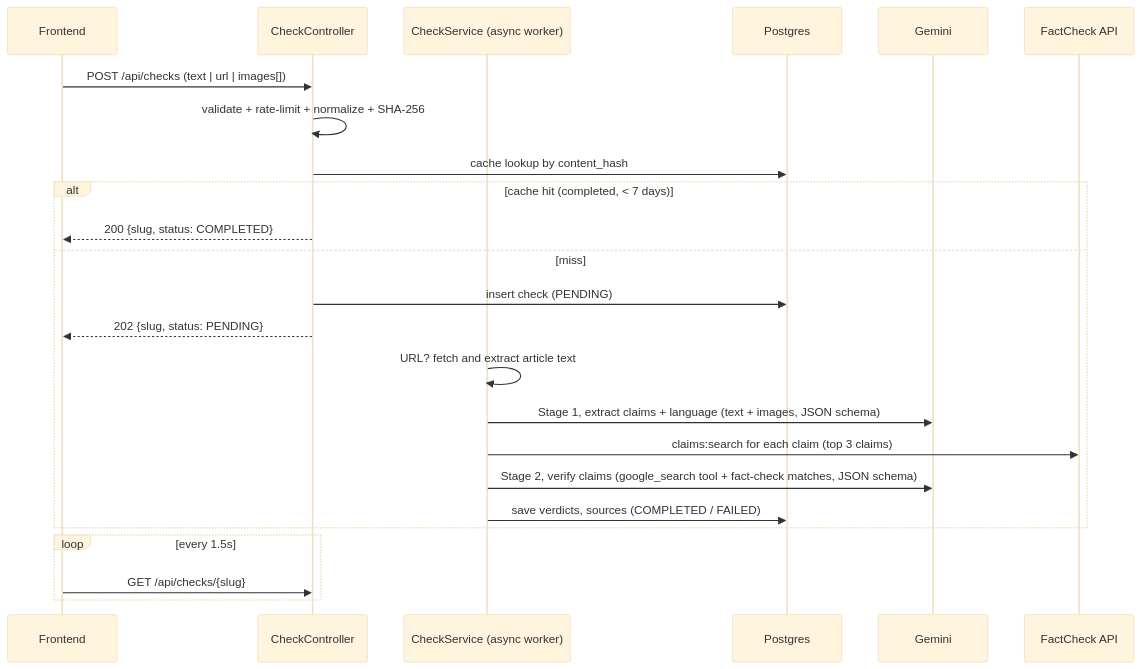
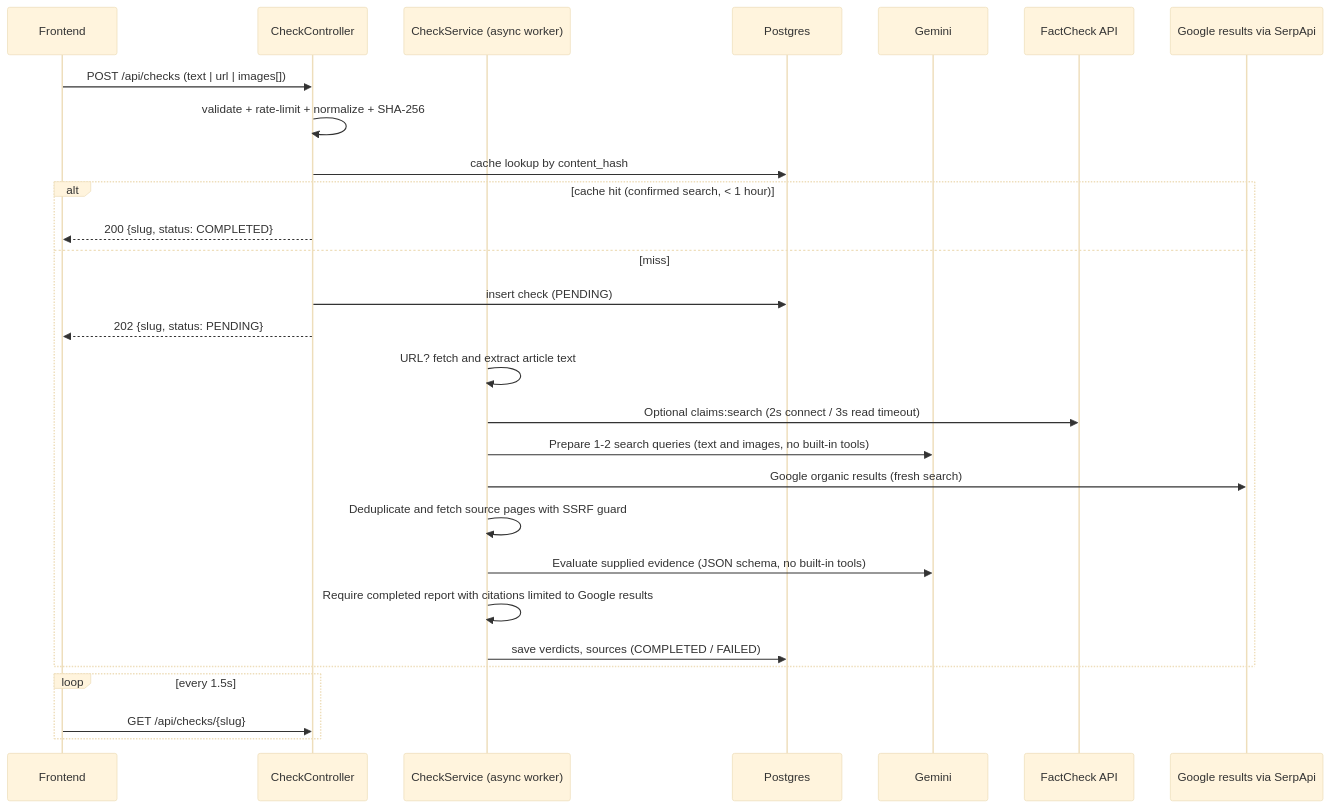
The second of 2 diagrams in docs/ARCHITECTURE.md (kingsmark16/VeryFact), drawn with Mermaid (base theme) before and after one commit. The commit also changed other lines of this file and 57 other files, not shown here.

Commit message:
feat: refine verification experience and require live search evidence

````diff
--- a/docs/ARCHITECTURE.md
+++ b/docs/ARCHITECTURE.md
@@ -18,27 +19,31 @@
 ```mermaid
 sequenceDiagram
     participant FE as Frontend
     participant API as CheckController
     participant S as CheckService (async worker)
     participant DB as Postgres
     participant G as Gemini
     participant F as FactCheck API
+    participant GS as Google results via SerpApi
 
     FE->>API: POST /api/checks (text | url | images[])
     API->>API: validate + rate-limit + normalize + SHA-256
     API->>DB: cache lookup by content_hash
-    alt cache hit (completed, < 7 days)
+    alt cache hit (confirmed search, < 1 hour)
         API-->>FE: 200 {slug, status: COMPLETED}
     else miss
         API->>DB: insert check (PENDING)
         API-->>FE: 202 {slug, status: PENDING}
         S->>S: URL? fetch and extract article text
-        S->>G: Stage 1, extract claims + language (text + images, JSON schema)
-        S->>F: claims:search for each claim (top 3 claims)
-        S->>G: Stage 2, verify claims (google_search tool + fact-check matches, JSON schema)
+        S->>F: Optional claims:search (2s connect / 3s read timeout)
+        S->>G: Prepare 1-2 search queries (text and images, no built-in tools)
+        S->>GS: Google organic results (fresh search)
+        S->>S: Deduplicate and fetch source pages with SSRF guard
+        S->>G: Evaluate supplied evidence (JSON schema, no built-in tools)
+        S->>S: Require completed report with citations limited to Google results
         S->>DB: save verdicts, sources (COMPLETED / FAILED)
     end
     loop every 1.5s
         FE->>API: GET /api/checks/{slug}
     end
 ```
````
